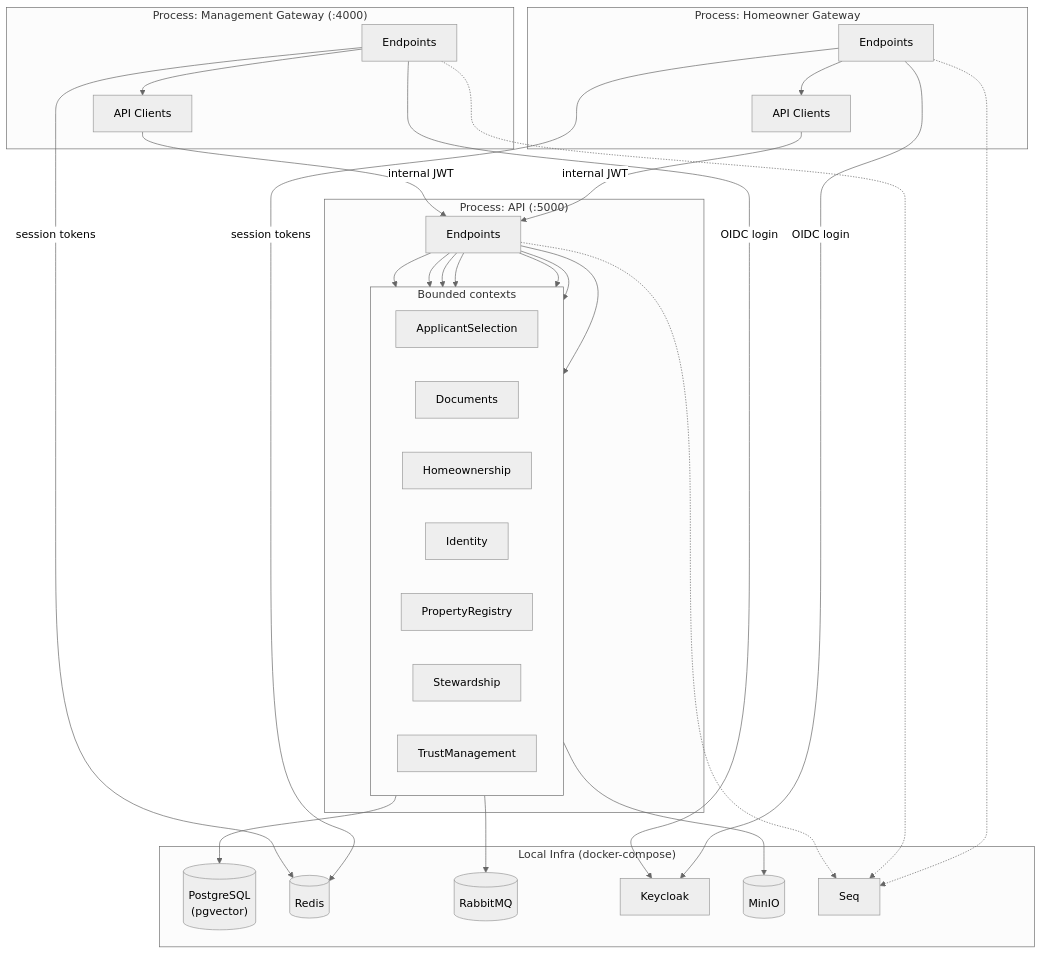
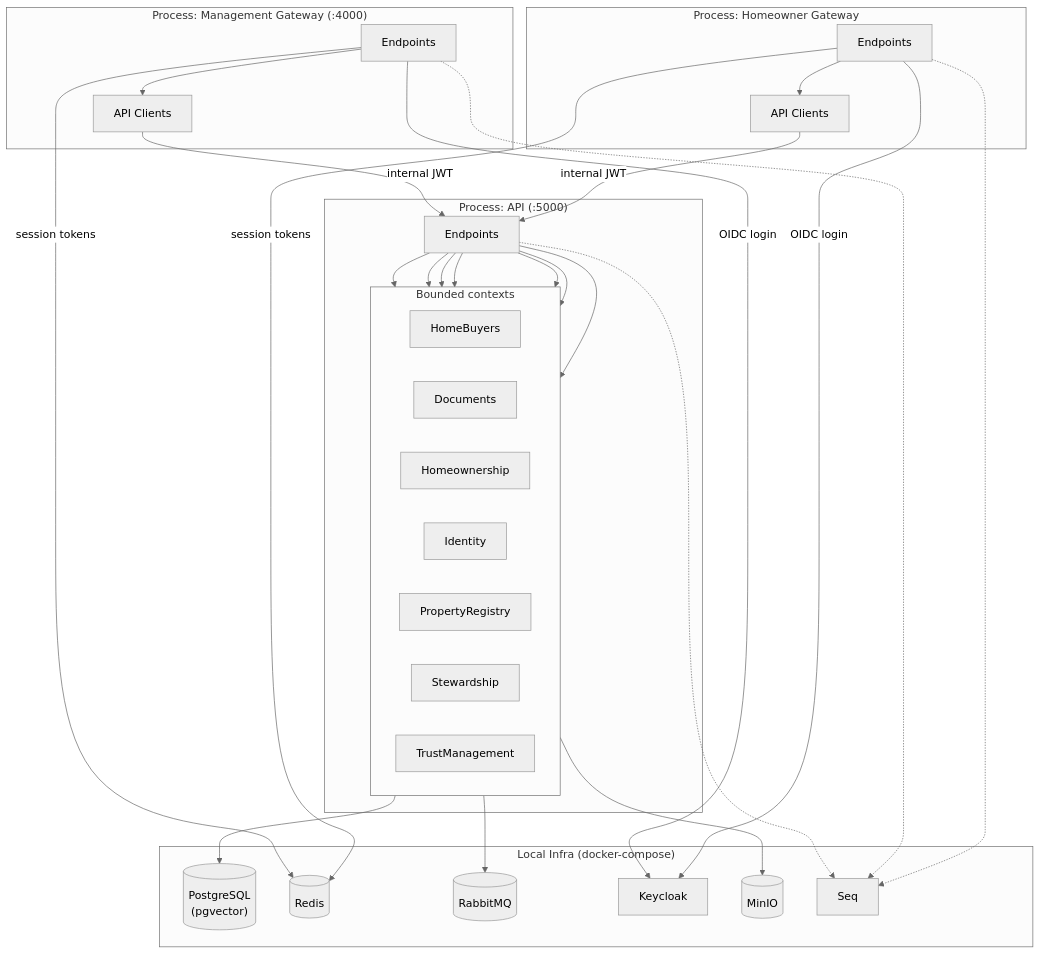
The diagram in docs/architecture.md (pkarlsson-codes/common-ground), drawn with Mermaid (neutral theme) before and after one commit. The commit also changed other lines of this file and 129 other files, not shown here.

First line of the commit message:
refactor(home-buyers): rename Applicant Selection to Applications / HomeBuyers

````diff
--- a/docs/architecture.md
+++ b/docs/architecture.md
@@ -5,58 +5,58 @@
 ```mermaid
 flowchart TB
     subgraph GatewayMgmt["Process: Management Gateway (:4000)"]
         MgmtEndpoints["Endpoints"]
         MgmtClients["API Clients"]
         MgmtEndpoints --> MgmtClients
     end
 
     subgraph GatewayHome["Process: Homeowner Gateway"]
         HomeEndpoints["Endpoints"]
         HomeClients["API Clients"]
         HomeEndpoints --> HomeClients
     end
 
     subgraph API["Process: API (:5000)"]
         ApiEndpoints["Endpoints"]
         subgraph Contexts["Bounded contexts"]
             direction LR
-            ApplicantSelection["ApplicantSelection"]
+            HomeBuyers["HomeBuyers"]
             Documents["Documents"]
             Homeownership["Homeownership"]
             Identity["Identity"]
             PropertyRegistry["PropertyRegistry"]
             Stewardship["Stewardship"]
             TrustManagement["TrustManagement"]
         end
-        ApiEndpoints --> ApplicantSelection
+        ApiEndpoints --> HomeBuyers
         ApiEndpoints --> Documents
         ApiEndpoints --> Homeownership
         ApiEndpoints --> Identity
         ApiEndpoints --> PropertyRegistry
         ApiEndpoints --> Stewardship
         ApiEndpoints --> TrustManagement
     end
 
     subgraph Infra["Local Infra (docker-compose)"]
         Postgres[("PostgreSQL<br/>(pgvector)")]
         Redis[("Redis")]
         RabbitMQ[("RabbitMQ")]
         Keycloak["Keycloak"]
         MinIO[("MinIO")]
         Seq["Seq"]
     end
 
     MgmtClients -- "internal JWT" --> ApiEndpoints
     HomeClients -- "internal JWT" --> ApiEndpoints
     MgmtEndpoints -- "OIDC login" --> Keycloak
     MgmtEndpoints -- "session tokens" --> Redis
     HomeEndpoints -- "OIDC login" --> Keycloak
     HomeEndpoints -- "session tokens" --> Redis
 
     Contexts --> Postgres
     Contexts --> RabbitMQ
     Documents --> MinIO
     ApiEndpoints -.-> Seq
     MgmtEndpoints -.-> Seq
     HomeEndpoints -.-> Seq
 ```
````
